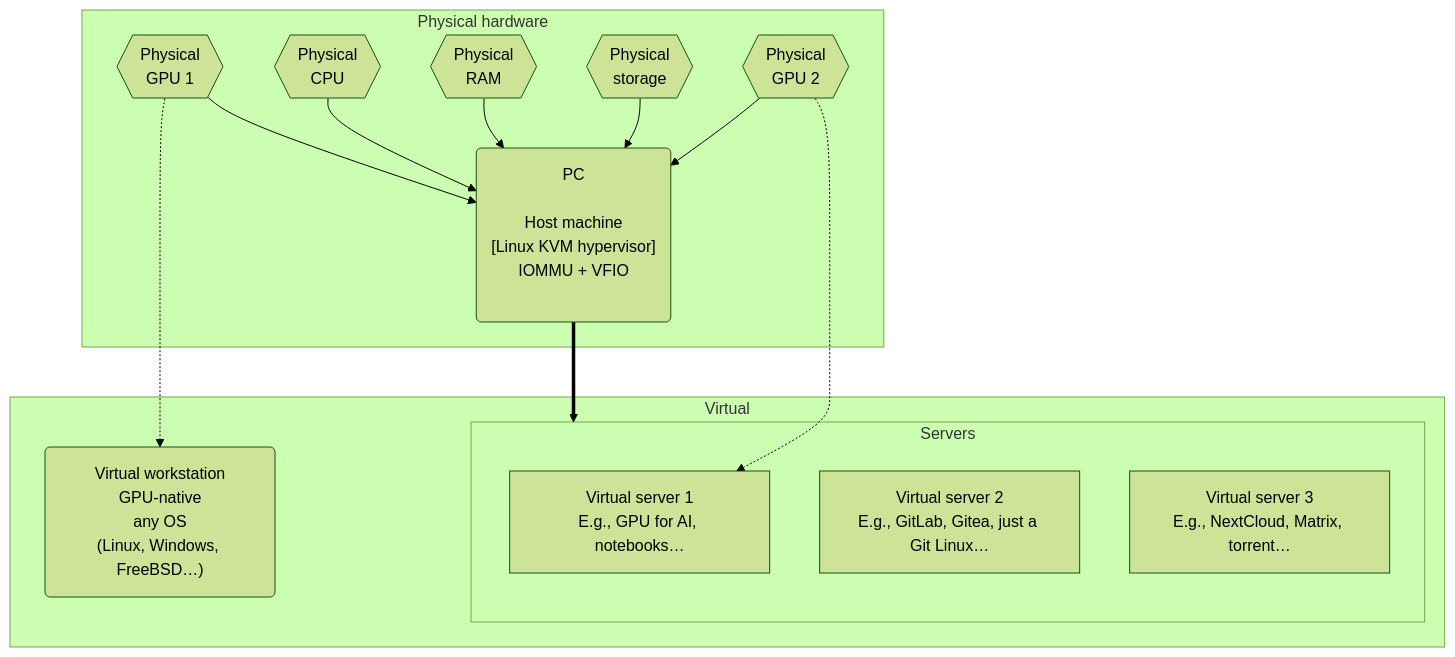
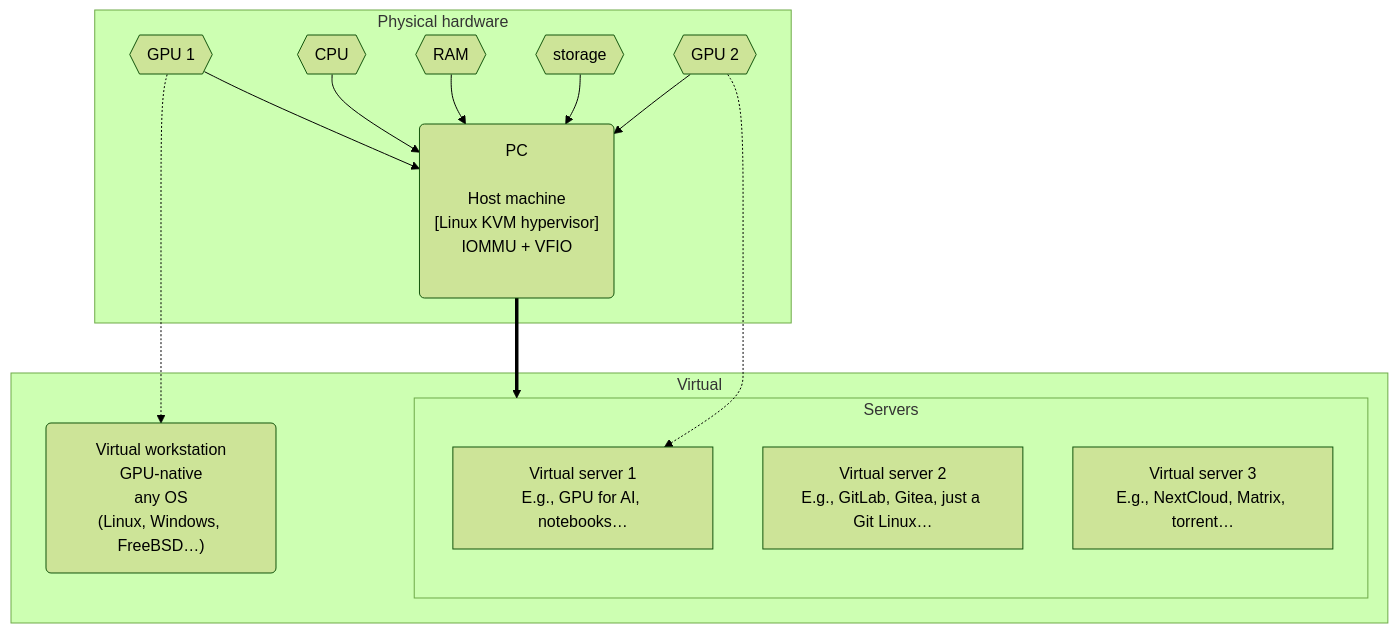
The diagram in README.md (agenkit/GHost), drawn with Mermaid (forest theme) before and after one commit.

````diff
--- a/README.md
+++ b/README.md
@@ -7,31 +7,31 @@
 ```mermaid
 graph TB
 
 subgraph "Physical hardware"
-   pgpu1{{"Physical<br>GPU 1"}}
-   pcpu{{"Physical<br>CPU"}}
-   pmem{{"Physical<br>RAM"}}
-   pstor{{"Physical<br>storage"}}
-   pgpu2{{"Physical<br>GPU 2"}}
+   pgpu1{{"GPU 1"}}
+   pcpu{{"CPU"}}
+   pmem{{"RAM"}}
+   pstor{{"storage"}}
+   pgpu2{{"GPU 2"}}
    host("PC<br><br>Host machine<br>[Linux KVM hypervisor]<br>IOMMU + VFIO<br><br>")
 end
 
 subgraph Virtual
 
 vws("Virtual workstation<br>GPU-native<br>any OS<br>(Linux, Windows, FreeBSD…)")
 
 subgraph Servers
 vsrv1["Virtual server 1<br>E.g., GPU for AI, notebooks…"]
 vsrv2["Virtual server 2<br>E.g., GitLab, Gitea, just a Git Linux…"]
 vsrv3["Virtual server 3<br>E.g., NextCloud, Matrix, torrent…"]
 end
 end
 
 
 pgpu1 -.-> vws
 host ==> Servers
    pcpu & pmem & pstor & pgpu1 & pgpu2 --> host
 pgpu2 -.-> vsrv1
 
 
 ```
````
